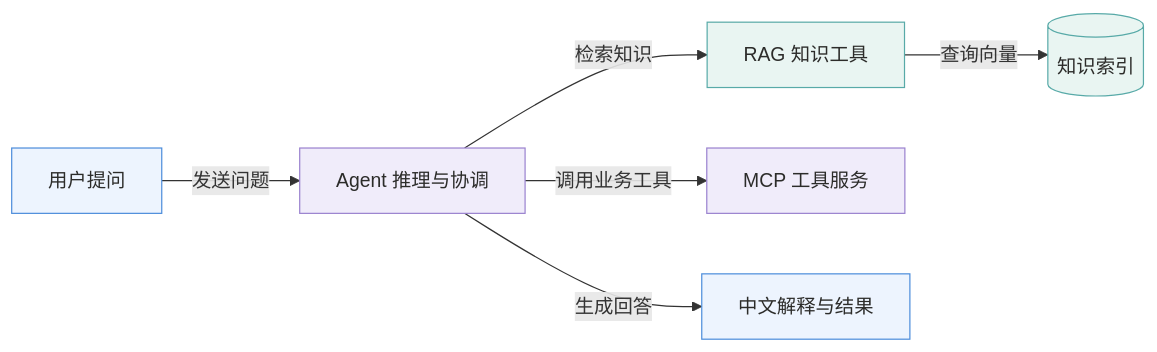
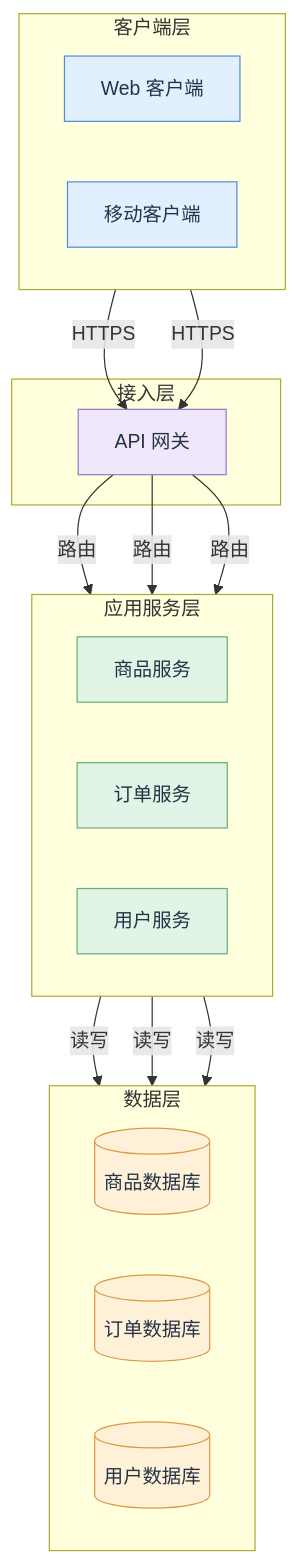
The diagram in templates/architecture.mmd (LntanoC/cjx-sketchmind), drawn with Mermaid before and after one commit. The commit also changed 9 other files, not shown here.

Commit message:
feat: improve scenario and architecture diagrams

```diff
--- a/templates/architecture.mmd
+++ b/templates/architecture.mmd
@@ -1,13 +1,37 @@
-flowchart LR
-    user["用户提问"] -->|发送问题| agent["Agent 推理与协调"]
-    agent -->|检索知识| rag["RAG 知识工具"]
-    rag -->|查询向量| db[("知识索引")]
-    agent -->|调用业务工具| mcp["MCP 工具服务"]
-    agent -->|生成回答| answer["中文解释与结果"]
-
-    classDef core fill:#edf4fe,stroke:#4c8ddb,color:#2c2c2a;
-    classDef control fill:#f0ecfa,stroke:#9a82cf,color:#2c2c2a;
-    classDef data fill:#e9f5f2,stroke:#58aaa8,color:#2c2c2a;
-    class user,answer core;
-    class agent,mcp control;
-    class rag,db data;
+flowchart TB
+    subgraph client[客户端层]
+      direction LR
+      web[Web 客户端]
+      mobile[移动客户端]
+    end
+    subgraph edge[接入层]
+      gateway[API 网关]
+    end
+    subgraph application[应用服务层]
+      direction LR
+      catalog[商品服务]
+      order[订单服务]
+      users[用户服务]
+    end
+    subgraph data[数据层]
+      direction LR
+      productdb[(商品数据库)]
+      orderdb[(订单数据库)]
+      userdb[(用户数据库)]
+    end
+    web -->|HTTPS| gateway
+    mobile -->|HTTPS| gateway
+    gateway -->|路由| catalog
+    gateway -->|路由| order
+    gateway -->|路由| users
+    catalog -->|读写| productdb
+    order -->|读写| orderdb
+    users -->|读写| userdb
+    classDef clientStyle fill:#e1efff,stroke:#4c8ddb,color:#243447;
+    classDef gatewayStyle fill:#f0e8fa,stroke:#9578c9,color:#243447;
+    classDef serviceStyle fill:#e1f4e6,stroke:#65ad7b,color:#243447;
+    classDef dataStyle fill:#fff0d8,stroke:#d99b47,color:#243447;
+    class web,mobile clientStyle;
+    class gateway gatewayStyle;
+    class catalog,order,users serviceStyle;
+    class productdb,orderdb,userdb dataStyle;
```
